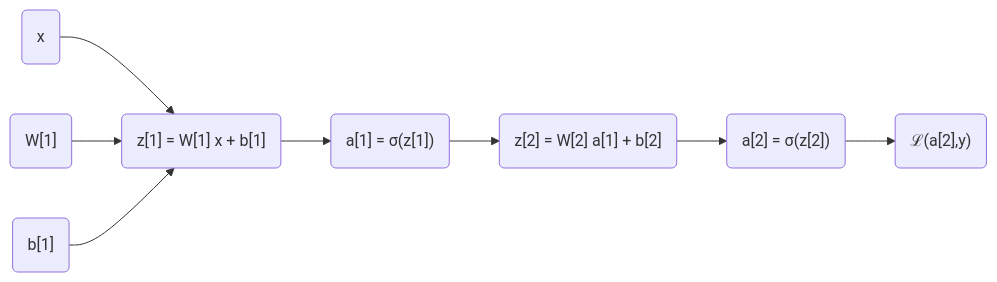
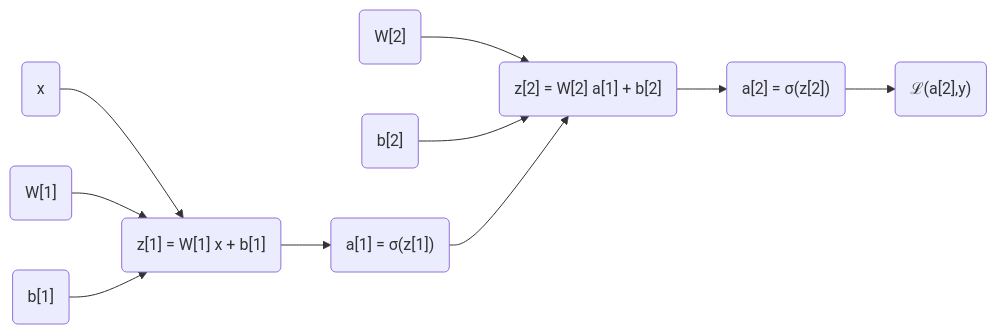
The second of 2 diagrams in 1-neural-networks-and-deep-learning/week-3/README.md (scottfones/coursera-deep-learning-specialization), drawn with Mermaid before and after one commit.

Commit message:
fix: added missing w2 and b2 to two layer diagram

````diff
--- a/1-neural-networks-and-deep-learning/week-3/README.md
+++ b/1-neural-networks-and-deep-learning/week-3/README.md
@@ -273,15 +273,17 @@
 ```mermaid
   flowchart LR 
     x("x") --> id1
-    w("W[1]") --> id1
-    b("b[1]") --> id1 
+    w1("W[1]") --> id1
+    b1("b[1]") --> id1 
     id1("z[1] = W[1] x + b[1]")
     id2("a[1] = σ(z[1])")
     id1 --> id2
     id3("z[2] = W[2] a[1] + b[2]")
+    w2("W[2]") --> id3
+    b2("b[2]") --> id3 
     id2 --> id3
     id4("a[2] = σ(z[2])")
     id3 --> id4
     id5("ℒ(a[2],y)")
     id4 --> id5
 ```
````
